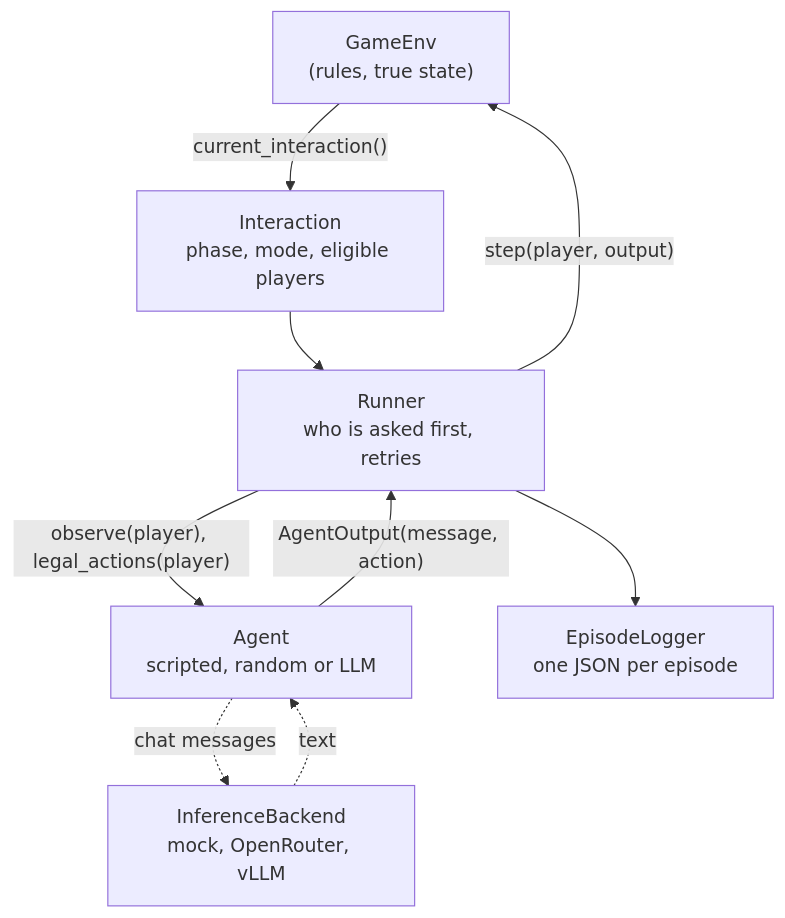
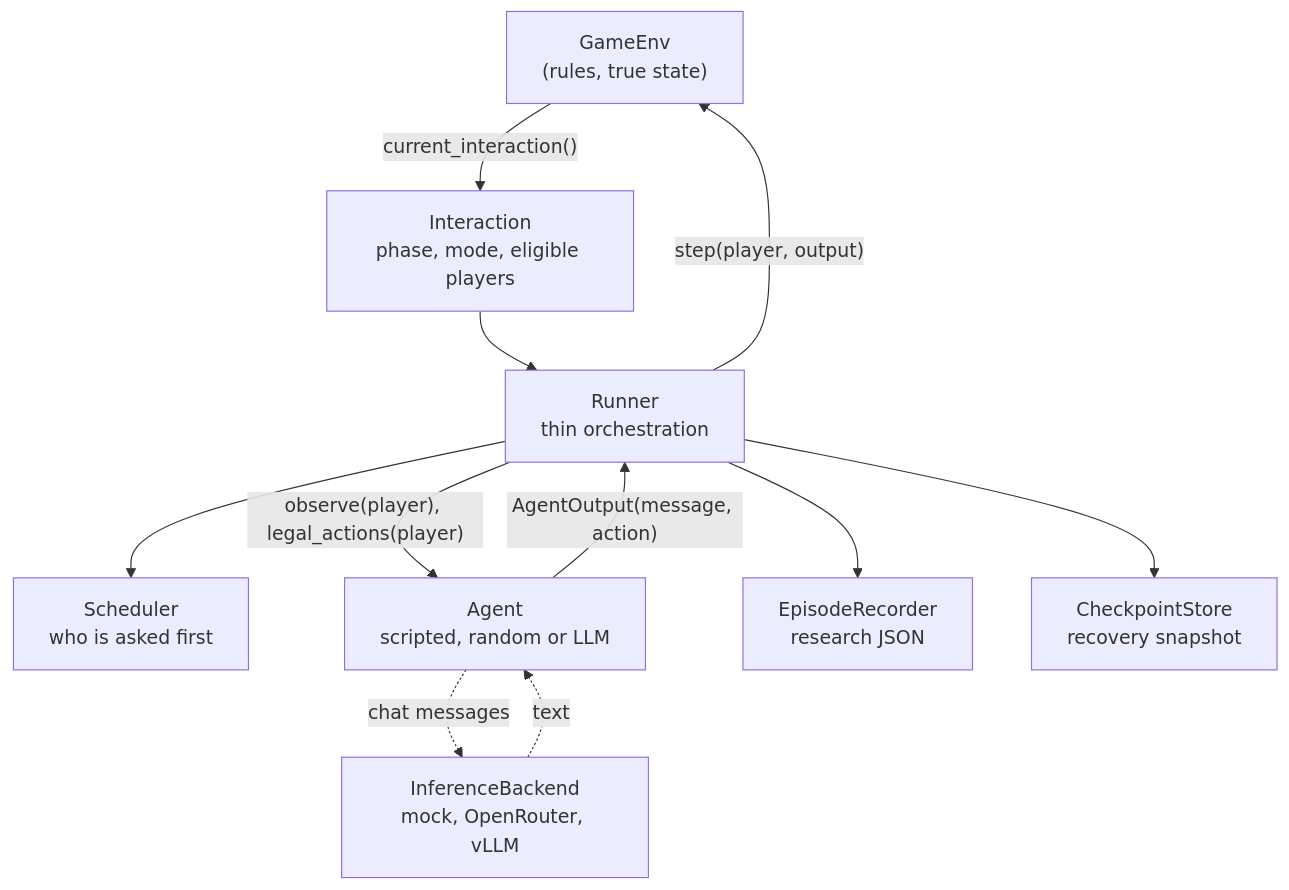
One commit to masatonaut/selfplay-worlds changed the first of 4 diagrams in docs/architecture.md. Above: the diagram before and after it, drawn with Mermaid. The commit also changed other lines of this file and 42 other files, not shown here.

````diff
--- a/docs/architecture.md
+++ b/docs/architecture.md
@@ -38,11 +44,13 @@
 ```mermaid
 flowchart TD
     ENV["GameEnv<br/>(rules, true state)"] -->|"current_interaction()"| INT["Interaction<br/>phase, mode, eligible players"]
-    INT --> RUN["Runner<br/>who is asked first, retries"]
+    INT --> RUN["Runner<br/>thin orchestration"]
+    RUN --> SCH["Scheduler<br/>who is asked first"]
     RUN -->|"observe(player), legal_actions(player)"| AG["Agent<br/>scripted, random or LLM"]
     AG -.->|"chat messages"| INF["InferenceBackend<br/>mock, OpenRouter, vLLM"]
     INF -.->|"text"| AG
     AG -->|"AgentOutput(message, action)"| RUN
     RUN -->|"step(player, output)"| ENV
-    RUN --> LOG["EpisodeLogger<br/>one JSON per episode"]
+    RUN --> LOG["EpisodeRecorder<br/>research JSON"]
+    RUN --> CKPT["CheckpointStore<br/>recovery snapshot"]
 ```
````
